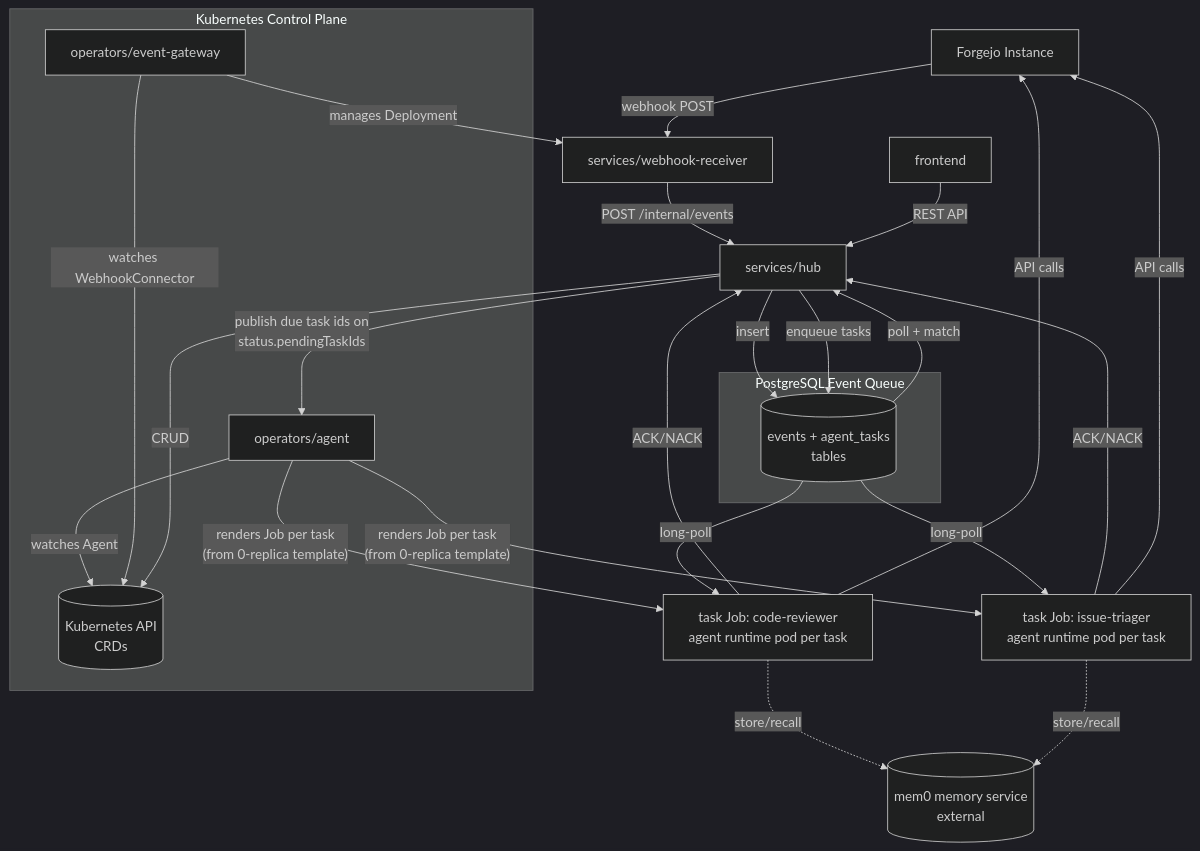
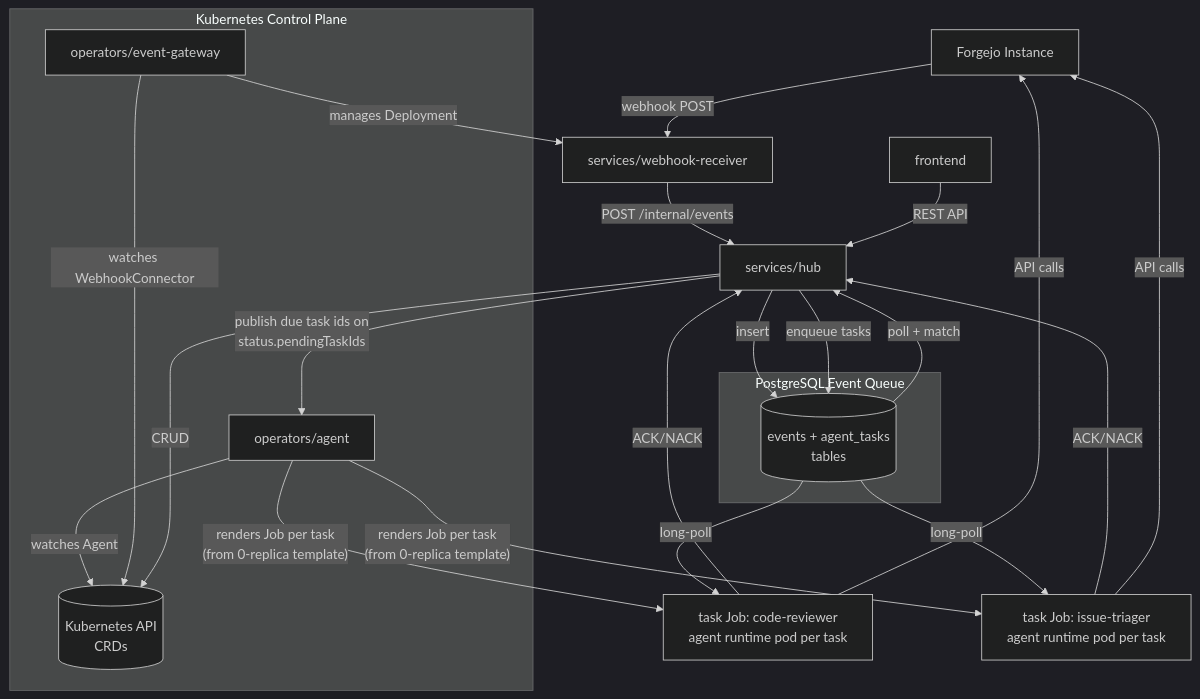
Before and after one commit to ainsel-project/ainsel: the diagram in README.md, drawn with Mermaid (dark theme). The commit also changed 1 other file, not shown here.

Commit message:
docs: drop mem0 from architecture diagrams
The README and docs/architecture.md architecture diagrams showed a
mem0 memory service node with store/recall edges from the agent
runtimes, but the repository does not ship mem0 -- it is a
bring-your-own external service documented in docs/adding-memory.md.

Remove the node and its two edges from both diagrams so the canonical
architecture picture only shows components the platform actually
deploys. The docs/adding-memory.md guide and its README link stay.

Refs: #80

````diff
--- a/README.md
+++ b/README.md
@@ -188,41 +188,36 @@
 ```mermaid
 graph TD
     FORGE[Forgejo Instance] -->|webhook POST| FC[services/webhook-receiver]
 
     subgraph "PostgreSQL Event Queue"
         EQ[(events + agent_tasks<br/>tables)]
     end
 
     FC -->|POST /internal/events| HUB[services/hub]
     HUB -->|insert| EQ
     EQ -->|poll + match| HUB
     HUB -->|enqueue tasks| EQ
     EQ -->|long-poll| AR1[task Job: code-reviewer<br/>agent runtime pod per task]
     EQ -->|long-poll| AR2[task Job: issue-triager<br/>agent runtime pod per task]
     AR1 -->|ACK/NACK| HUB
     AR2 -->|ACK/NACK| HUB
 
     AR1 -->|API calls| FORGE
     AR2 -->|API calls| FORGE
 
     subgraph "Kubernetes Control Plane"
         AO[operators/agent]
         CO[operators/event-gateway]
         K8s[(Kubernetes API<br/>CRDs)]
     end
 
     HUB -->|"publish due task ids on<br/>status.pendingTaskIds"| AO
     AO -->|watches Agent| K8s
     CO -->|watches WebhookConnector| K8s
     AO -->|"renders Job per task<br/>(from 0-replica template)"| AR1
     AO -->|"renders Job per task<br/>(from 0-replica template)"| AR2
     CO -->|manages Deployment| FC
 
     UI[frontend] -->|REST API| HUB
     HUB -->|CRUD| K8s
-
-    MEM0[(mem0 memory service<br/>external)]
-
-    AR1 -.->|store/recall| MEM0
-    AR2 -.->|store/recall| MEM0
 ```
````
